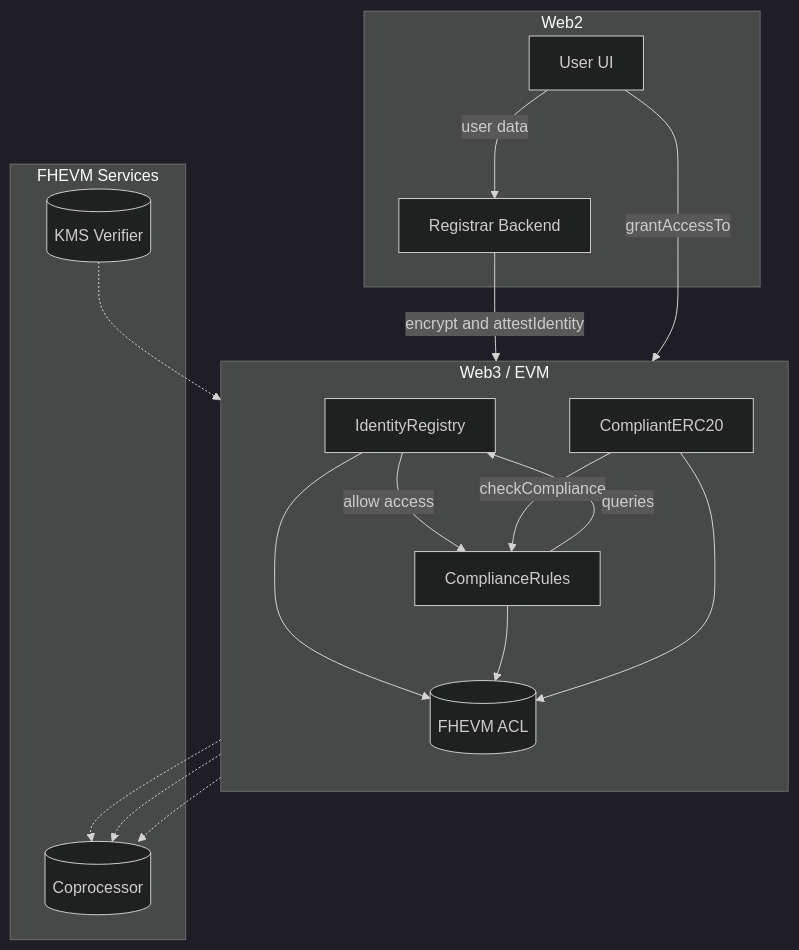
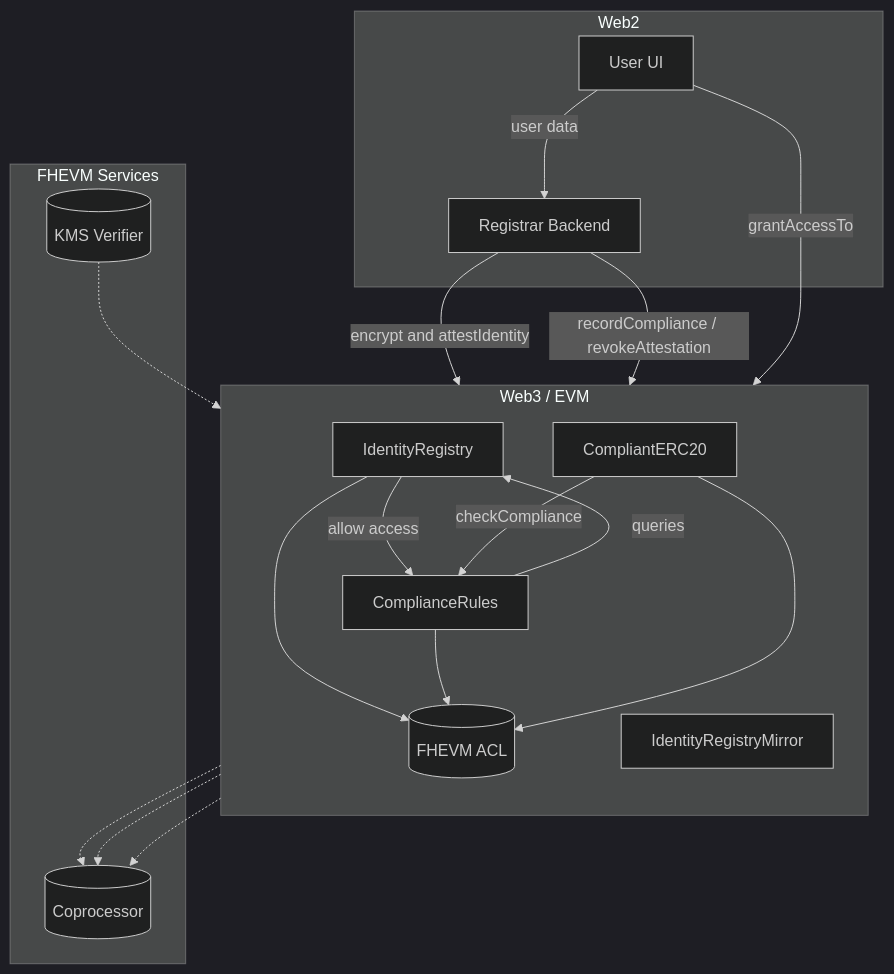
Before and after one commit to gustavovalverde/zentity-fhevm-contracts: the first of 2 diagrams in docs/architecture.md, drawn with Mermaid (dark theme). The commit also changed other lines of this file and 35 other files, not shown here.

````diff
--- a/docs/architecture.md
+++ b/docs/architecture.md
@@ -30,37 +41,39 @@
 ```mermaid
 flowchart TB
   subgraph Web2[Web2]
     UI[User UI]
     Backend[Registrar Backend]
   end
 
   subgraph Web3[Web3 / EVM]
     direction TB
     IR[IdentityRegistry]
+    Mirror[IdentityRegistryMirror]
     Token[CompliantERC20]
     CR[ComplianceRules]
     ACL[(FHEVM ACL)]
   end
 
   subgraph FHEVM[FHEVM Services]
     Coprocessor[(Coprocessor)]
     KMS[(KMS Verifier)]
   end
 
   UI -->|user data| Backend
   Backend -->|encrypt and attestIdentity| IR
+  Backend -->|recordCompliance / revokeAttestation| Mirror
   UI -->|grantAccessTo| IR
   IR -->|allow access| CR
 
   Token -->|checkCompliance| CR
   CR -->|queries| IR
 
   IR --> ACL
   CR --> ACL
   Token --> ACL
 
   IR -.-> Coprocessor
   CR -.-> Coprocessor
   Token -.-> Coprocessor
   KMS -.-> IR
 ```
````
